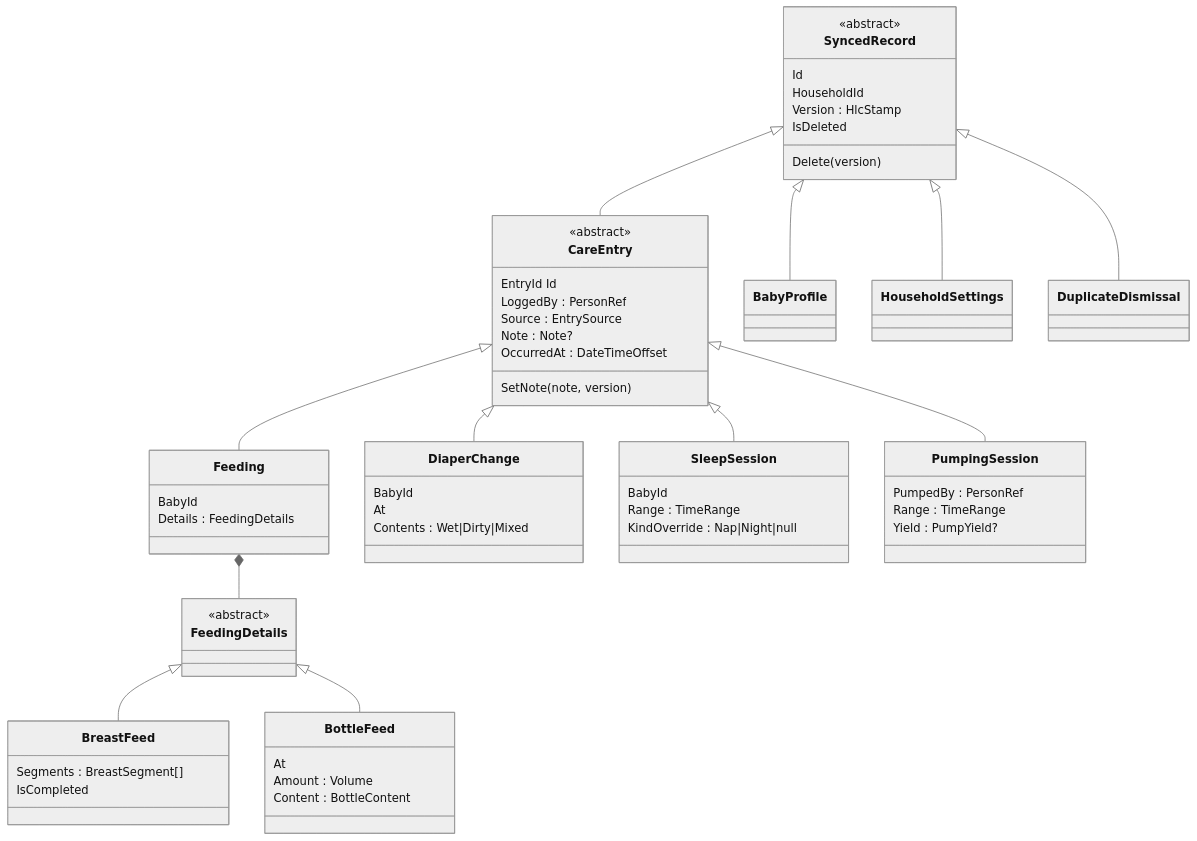
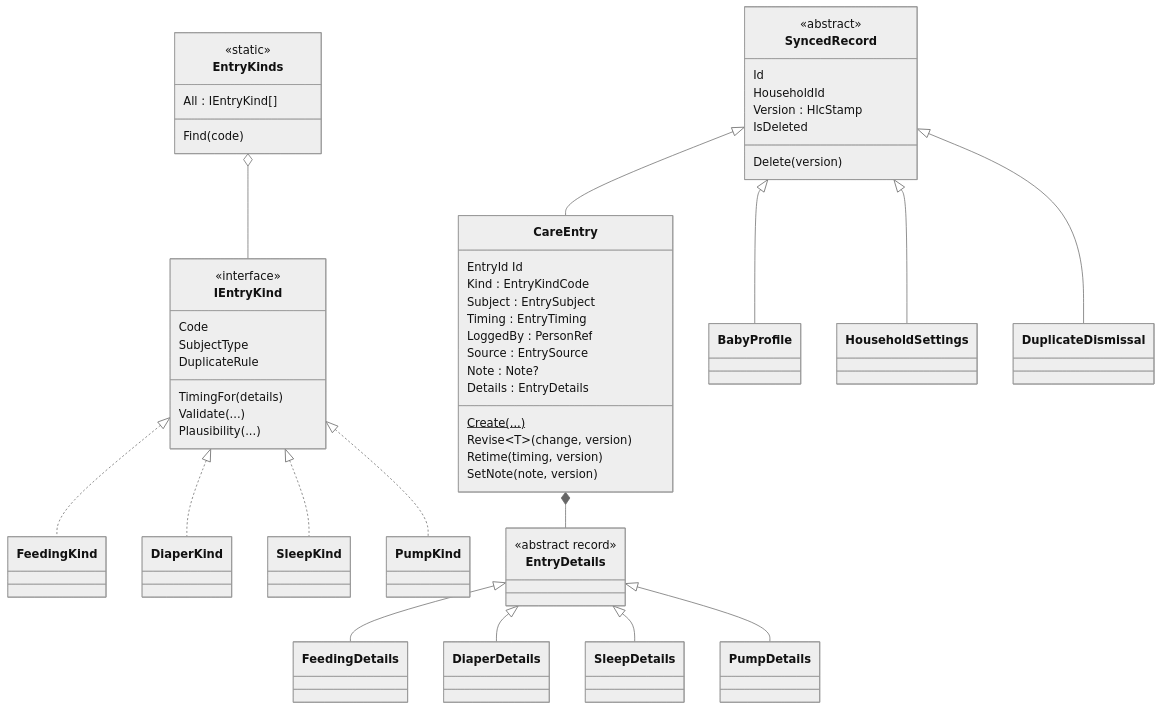
The diagram in docs/specs/001-care-log-domain-model/spec.md (Lech-Digital/Coo), drawn with Mermaid (neutral theme) before and after one commit. The commit also changed other lines of this file and 4 other files, not shown here.

Commit message:
Add ADR 0010 (extensibility) and rebuild Spec 001 on entry kinds

````diff
--- a/docs/specs/001-care-log-domain-model/spec.md
+++ b/docs/specs/001-care-log-domain-model/spec.md
@@ -244,60 +258,54 @@
 ```mermaid
 classDiagram
     class SyncedRecord {
         <<abstract>>
         Id
         HouseholdId
         Version : HlcStamp
         IsDeleted
         Delete(version)
     }
     class CareEntry {
-        <<abstract>>
         EntryId Id
+        Kind : EntryKindCode
+        Subject : EntrySubject
+        Timing : EntryTiming
         LoggedBy : PersonRef
         Source : EntrySource
         Note : Note?
-        OccurredAt : DateTimeOffset
+        Details : EntryDetails
+        Create(...)$
+        Revise~T~(change, version)
+        Retime(timing, version)
         SetNote(note, version)
     }
-    class Feeding {
-        BabyId
-        Details : FeedingDetails
+    class EntryDetails { <<abstract record>> }
+    class IEntryKind {
+        <<interface>>
+        Code
+        SubjectType
+        TimingFor(details)
+        Validate(...)
+        Plausibility(...)
+        DuplicateRule
     }
-    class FeedingDetails { <<abstract>> }
-    class BreastFeed {
-        Segments : BreastSegment[]
-        IsCompleted
-    }
-    class BottleFeed {
-        At
-        Amount : Volume
-        Content : BottleContent
-    }
-    class DiaperChange {
-        BabyId
-        At
-        Contents : Wet|Dirty|Mixed
-    }
-    class SleepSession {
-        BabyId
-        Range : TimeRange
-        KindOverride : Nap|Night|null
-    }
-    class PumpingSession {
-        PumpedBy : PersonRef
-        Range : TimeRange
-        Yield : PumpYield?
+    class EntryKinds {
+        <<static>>
+        All : IEntryKind[]
+        Find(code)
     }
     SyncedRecord <|-- CareEntry
     SyncedRecord <|-- BabyProfile
     SyncedRecord <|-- HouseholdSettings
     SyncedRecord <|-- DuplicateDismissal
-    CareEntry <|-- Feeding
-    CareEntry <|-- DiaperChange
-    CareEntry <|-- SleepSession
-    CareEntry <|-- PumpingSession
-    Feeding *-- FeedingDetails
-    FeedingDetails <|-- BreastFeed
-    FeedingDetails <|-- BottleFeed
+    CareEntry *-- EntryDetails
+    EntryDetails <|-- FeedingDetails
+    EntryDetails <|-- DiaperDetails
+    EntryDetails <|-- SleepDetails
+    EntryDetails <|-- PumpDetails
+    EntryKinds o-- IEntryKind
+    IEntryKind <|.. FeedingKind
+    IEntryKind <|.. DiaperKind
+    IEntryKind <|.. SleepKind
+    IEntryKind <|.. PumpKind
 ```
````
